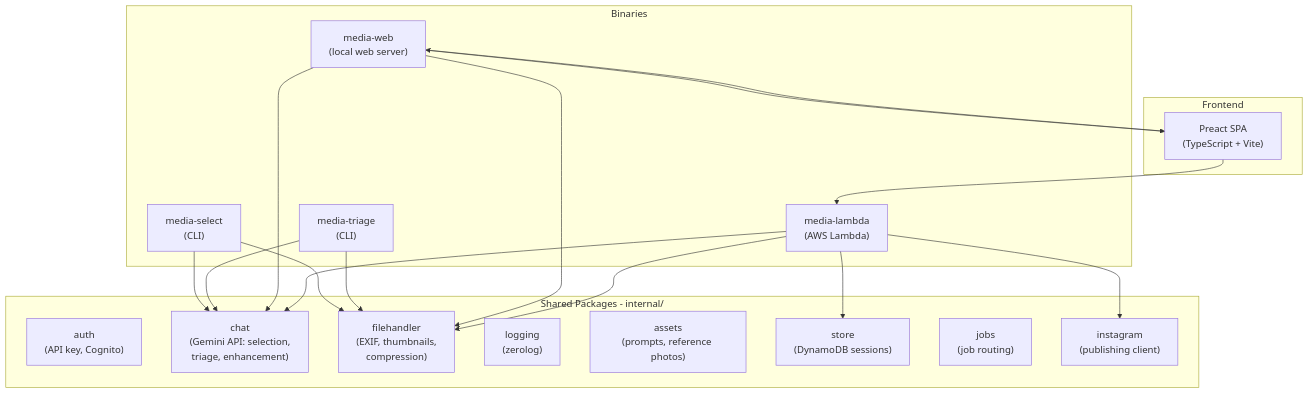
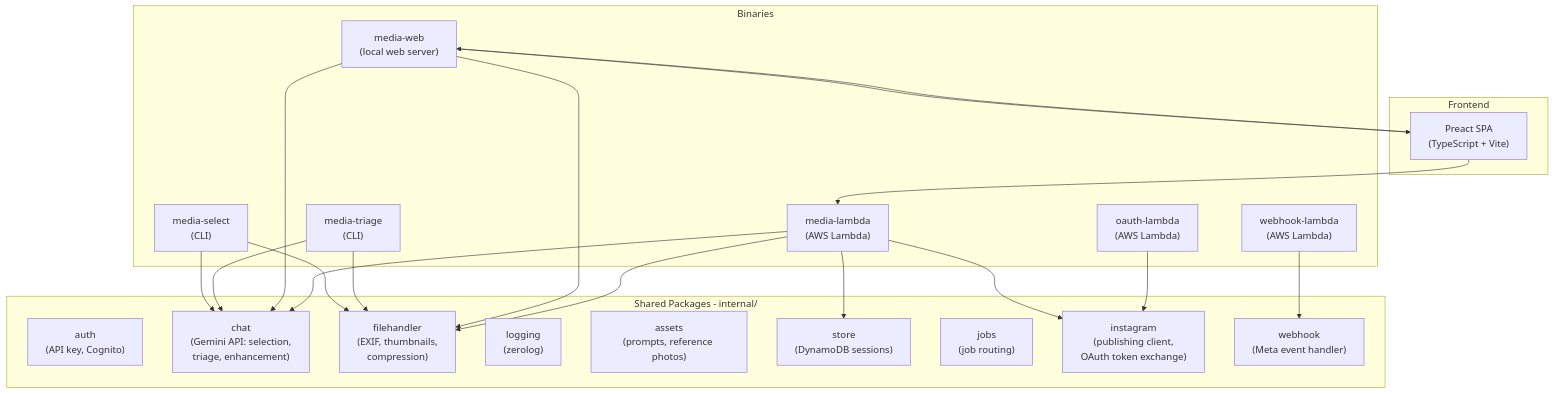
Before and after one commit to francis-pang/ai-social-media-helper: the first of 4 diagrams in docs/architecture.md, drawn with Mermaid. The commit also changed other lines of this file and 4 other files, not shown here.

First line of the commit message:
feat: add Instagram OAuth Lambda for automated token exchange (DDR-048)

````diff
--- a/docs/architecture.md
+++ b/docs/architecture.md
@@ -7,38 +7,43 @@
 ```mermaid
 graph TD
     subgraph binaries [Binaries]
         MediaSelect["media-select\n(CLI)"]
         MediaTriage["media-triage\n(CLI)"]
         MediaWeb["media-web\n(local web server)"]
         MediaLambda["media-lambda\n(AWS Lambda)"]
+        WebhookLambda["webhook-lambda\n(AWS Lambda)"]
+        OAuthLambda["oauth-lambda\n(AWS Lambda)"]
     end
 
     subgraph internal [Shared Packages - internal/]
         Auth["auth\n(API key, Cognito)"]
         Chat["chat\n(Gemini API: selection,\ntriage, enhancement)"]
         FileHandler["filehandler\n(EXIF, thumbnails,\ncompression)"]
         Logging["logging\n(zerolog)"]
         Assets["assets\n(prompts, reference photos)"]
         Store["store\n(DynamoDB sessions)"]
         Jobs["jobs\n(job routing)"]
-        Instagram["instagram\n(publishing client)"]
+        Instagram["instagram\n(publishing client,\nOAuth token exchange)"]
+        Webhook["webhook\n(Meta event handler)"]
     end
 
     subgraph frontend [Frontend]
         PreactSPA["Preact SPA\n(TypeScript + Vite)"]
     end
 
     MediaSelect --> Chat
     MediaSelect --> FileHandler
     MediaTriage --> Chat
     MediaTriage --> FileHandler
     MediaWeb --> Chat
     MediaWeb --> FileHandler
     MediaWeb --> PreactSPA
     MediaLambda --> Chat
     MediaLambda --> FileHandler
     MediaLambda --> Store
     MediaLambda --> Instagram
+    WebhookLambda --> Webhook
+    OAuthLambda --> Instagram
     PreactSPA --> MediaWeb
     PreactSPA --> MediaLambda
 ```
````
